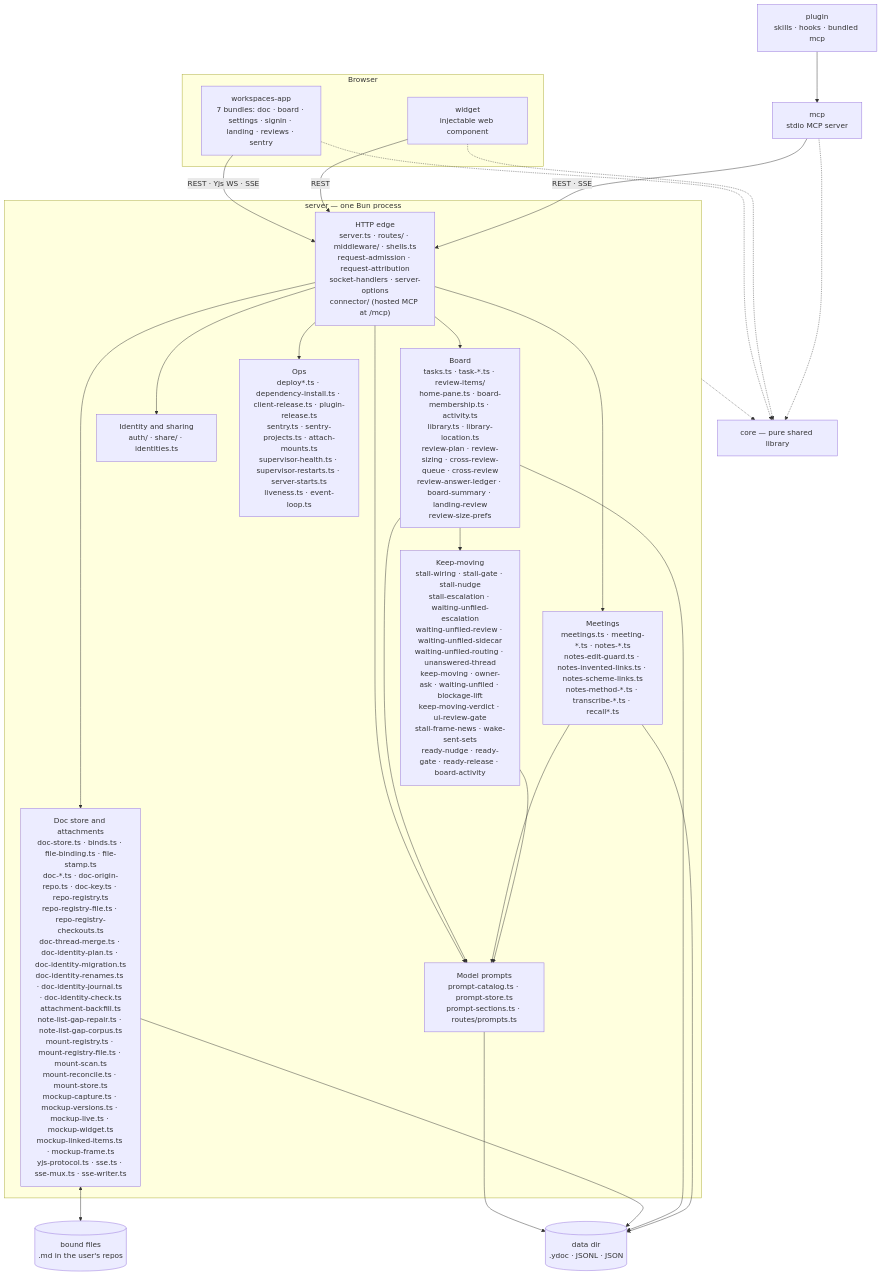
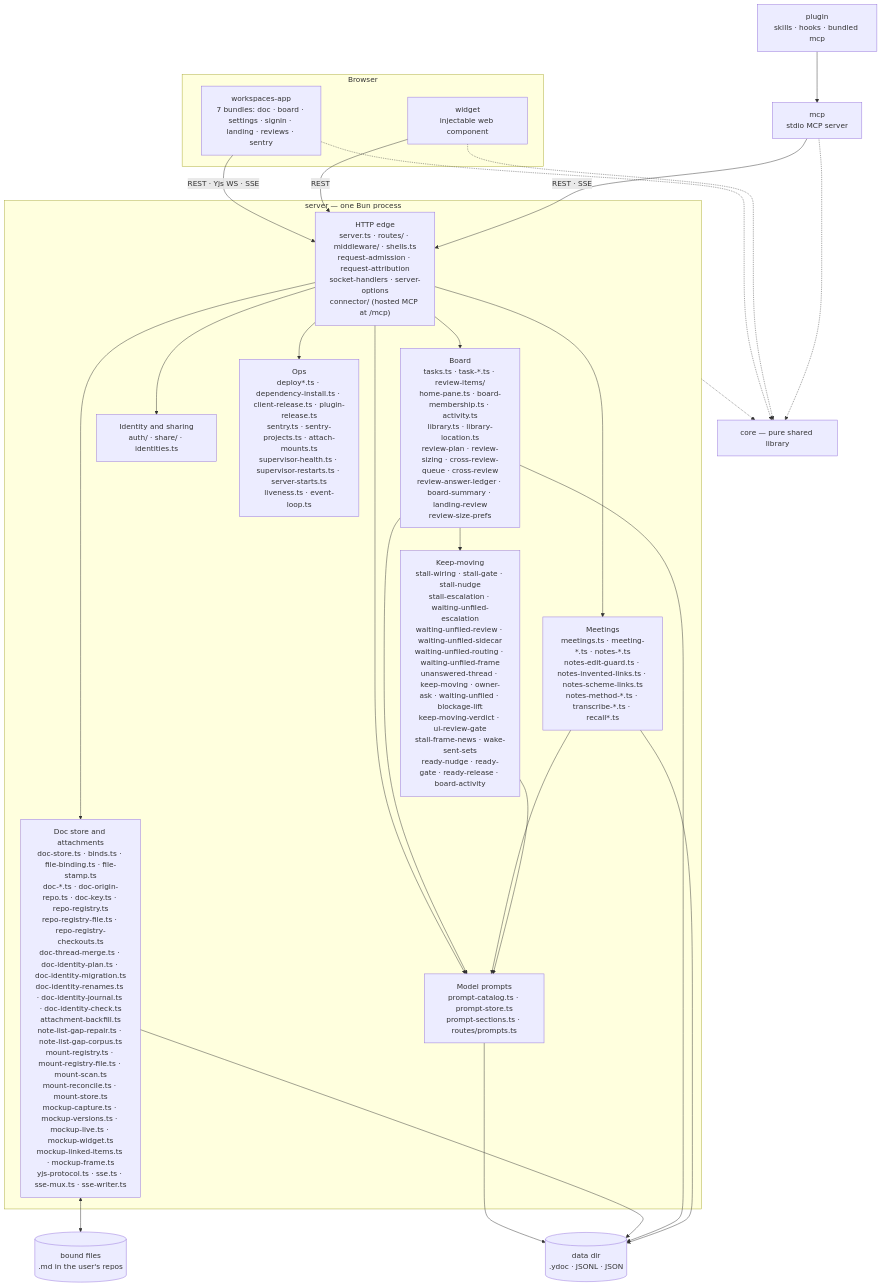
The first of 2 diagrams in docs/architecture/overview.md (fryanpan/claude-workspaces-plugin), drawn with Mermaid before and after one commit. The commit also changed other lines of this file and 3 other files, not shown here.

````diff
--- a/docs/architecture/overview.md
+++ b/docs/architecture/overview.md
@@ -45,35 +45,35 @@
 ```mermaid
 flowchart TB
   subgraph browser[Browser]
     app["workspaces-app<br/>7 bundles: doc · board · settings · signin · landing · reviews · sentry"]
     wid["widget<br/>injectable web component"]
   end
   plug["plugin<br/>skills · hooks · bundled mcp"]
   mcp["mcp<br/>stdio MCP server"]
   subgraph srv["server — one Bun process"]
     edge["HTTP edge<br/>server.ts · routes/ · middleware/ · shells.ts<br/>request-admission · request-attribution<br/>socket-handlers · server-options<br/>connector/ (hosted MCP at /mcp)"]
     docs["Doc store and attachments<br/>doc-store.ts · binds.ts · file-binding.ts · file-stamp.ts<br/>doc-*.ts · doc-origin-repo.ts · doc-key.ts · repo-registry.ts<br/>repo-registry-file.ts · repo-registry-checkouts.ts<br/>doc-thread-merge.ts · doc-identity-plan.ts · doc-identity-migration.ts<br/>doc-identity-renames.ts · doc-identity-journal.ts · doc-identity-check.ts<br/>attachment-backfill.ts<br/>note-list-gap-repair.ts · note-list-gap-corpus.ts<br/>mount-registry.ts · mount-registry-file.ts · mount-scan.ts<br/>mount-reconcile.ts · mount-store.ts<br/>mockup-capture.ts · mockup-versions.ts · mockup-live.ts · mockup-widget.ts<br/>mockup-linked-items.ts · mockup-frame.ts<br/>yjs-protocol.ts · sse.ts · sse-mux.ts · sse-writer.ts"]
     board["Board<br/>tasks.ts · task-*.ts · review-items/<br/>home-pane.ts · board-membership.ts · activity.ts<br/>library.ts · library-location.ts<br/>review-plan · review-sizing · cross-review-queue · cross-review<br/>review-answer-ledger · board-summary · landing-review<br/>review-size-prefs"]
     meet["Meetings<br/>meetings.ts · meeting-*.ts · notes-*.ts<br/>notes-edit-guard.ts · notes-invented-links.ts · notes-scheme-links.ts<br/>notes-method-*.ts · transcribe-*.ts · recall*.ts"]
-    keep["Keep-moving<br/>stall-wiring · stall-gate · stall-nudge<br/>stall-escalation · waiting-unfiled-escalation<br/>waiting-unfiled-review · waiting-unfiled-sidecar<br/>waiting-unfiled-routing · unanswered-thread<br/>keep-moving · owner-ask · waiting-unfiled · blockage-lift<br/>keep-moving-verdict · ui-review-gate<br/>stall-frame-news · wake-sent-sets<br/>ready-nudge · ready-gate · ready-release · board-activity"]
+    keep["Keep-moving<br/>stall-wiring · stall-gate · stall-nudge<br/>stall-escalation · waiting-unfiled-escalation<br/>waiting-unfiled-review · waiting-unfiled-sidecar<br/>waiting-unfiled-routing · waiting-unfiled-frame<br/>unanswered-thread · keep-moving · owner-ask · waiting-unfiled · blockage-lift<br/>keep-moving-verdict · ui-review-gate<br/>stall-frame-news · wake-sent-sets<br/>ready-nudge · ready-gate · ready-release · board-activity"]
     ident["Identity and sharing<br/>auth/ · share/ · identities.ts"]
     prompts["Model prompts<br/>prompt-catalog.ts · prompt-store.ts<br/>prompt-sections.ts · routes/prompts.ts"]
     ops["Ops<br/>deploy*.ts · dependency-install.ts · client-release.ts · plugin-release.ts<br/>sentry.ts · sentry-projects.ts · attach-mounts.ts<br/>supervisor-health.ts · supervisor-restarts.ts · server-starts.ts<br/>liveness.ts · event-loop.ts"]
   end
   core["core — pure shared library"]
   disk[("data dir<br/>.ydoc · JSONL · JSON")]
   files[("bound files<br/>.md in the user's repos")]
 
   app -->|"REST · Yjs WS · SSE"| edge
   wid -->|REST| edge
   plug --> mcp
   mcp -->|"REST · SSE"| edge
   edge --> docs & board & meet & ident & ops & prompts
   board & meet & keep --> prompts
   prompts --> disk
   board --> keep
   docs <--> files
   docs & board & meet --> disk
   app & wid & mcp -.-> core
   srv -.-> core
 ```
````
